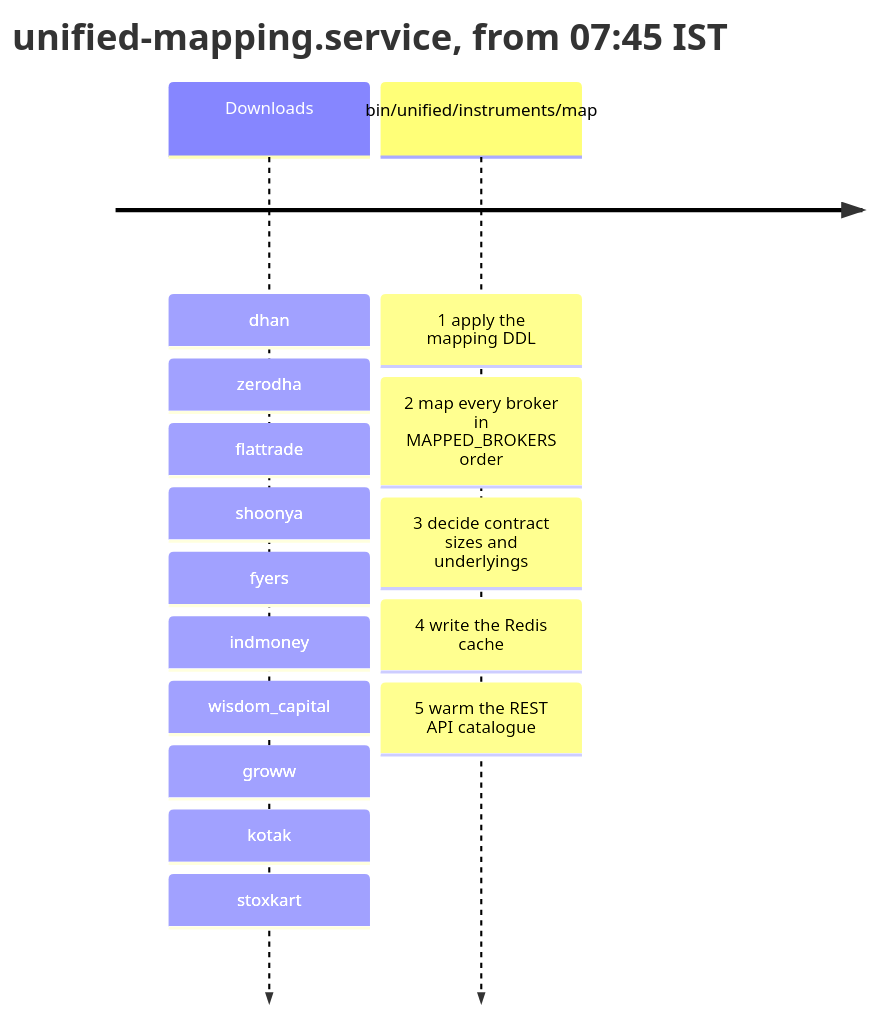
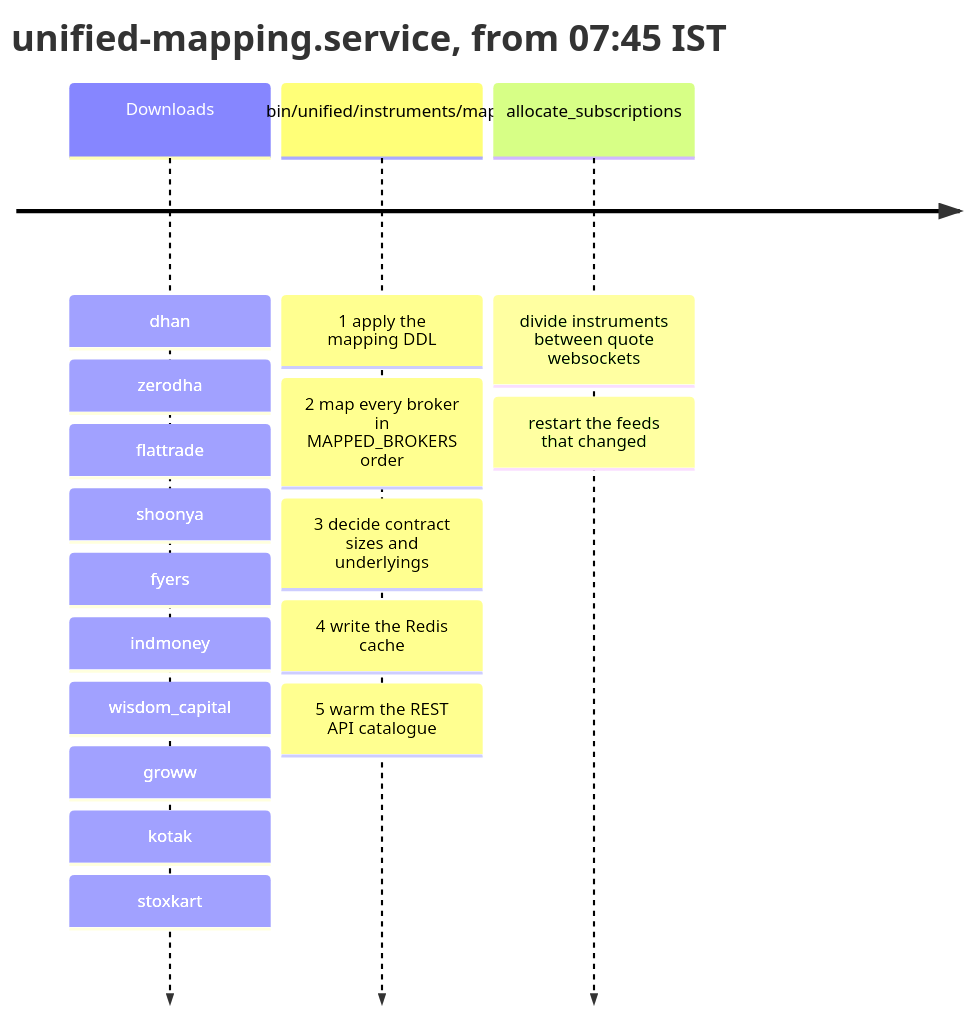
Before and after one commit to pramodathani/unified_broker_interface: the first of 3 diagrams in docs/pipelines/instrument-masters.md, drawn with Mermaid. The commit also changed other lines of this file and 7 other files, not shown here.

````diff
--- a/docs/pipelines/instrument-masters.md
+++ b/docs/pipelines/instrument-masters.md
@@ -9,8 +9,9 @@
 ```mermaid
 timeline
     title unified-mapping.service, from 07:45 IST
     Downloads : dhan : zerodha : flattrade : shoonya : fyers
               : indmoney : wisdom_capital : groww : kotak : stoxkart
     bin/unified/instruments/map : 1 apply the mapping DDL : 2 map every broker in MAPPED_BROKERS order
                                 : 3 decide contract sizes and underlyings : 4 write the Redis cache : 5 warm the REST API catalogue
+    allocate_subscriptions : divide instruments between quote websockets : restart the feeds that changed
 ```
````
